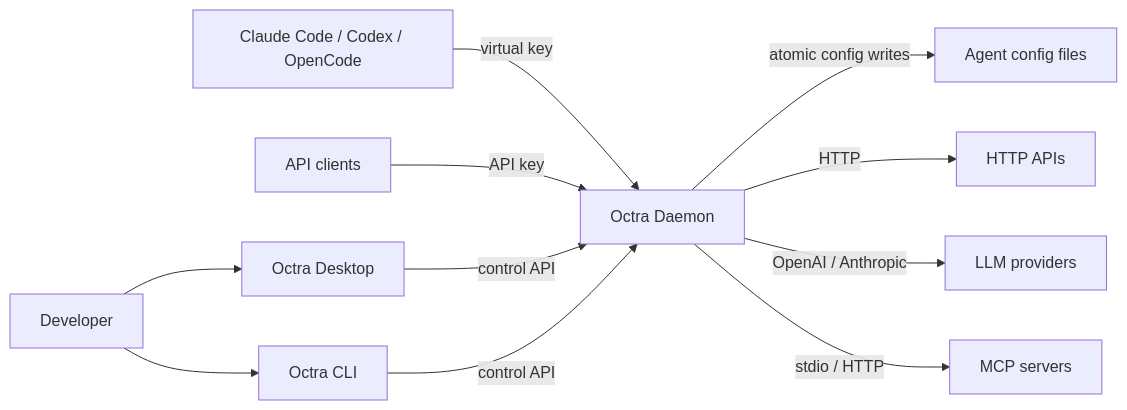
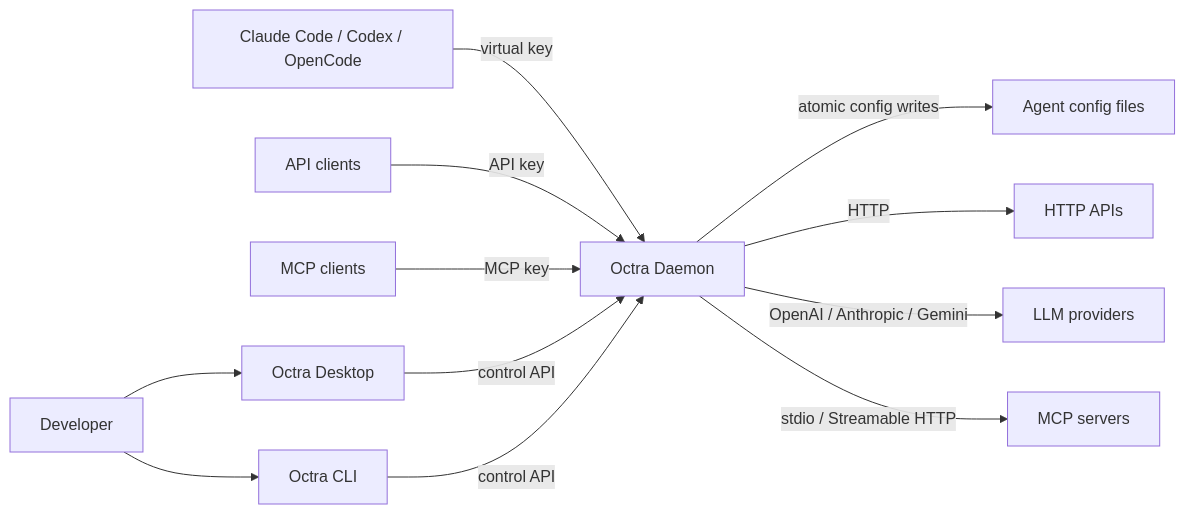
The diagram in .livingdocs/architecture/context.md (luozhouyang/octra), drawn with Mermaid before and after one commit. The commit also changed other lines of this file and 32 other files, not shown here.

````diff
--- a/.livingdocs/architecture/context.md
+++ b/.livingdocs/architecture/context.md
@@ -13,13 +13,14 @@
 ```mermaid
 flowchart LR
     Dev[Developer] --> Desk[Octra Desktop]
     Dev --> CLI[Octra CLI]
     Agent[Claude Code / Codex / OpenCode] -->|virtual key| Daemon[Octra Daemon]
-    Client[API clients] -->|API key| Daemon
+    ApiClient[API clients] -->|API key| Daemon
+    McpClient[MCP clients] -->|MCP key| Daemon
     Desk -->|control API| Daemon
     CLI -->|control API| Daemon
     Daemon -->|atomic config writes| AgentConfigs[Agent config files]
     Daemon -->|HTTP| APIs[HTTP APIs]
-    Daemon -->|OpenAI / Anthropic| Providers[LLM providers]
-    Daemon -->|stdio / HTTP| MCP[MCP servers]
+    Daemon -->|OpenAI / Anthropic / Gemini| Providers[LLM providers]
+    Daemon -->|stdio / Streamable HTTP| MCP[MCP servers]
 ```
````
